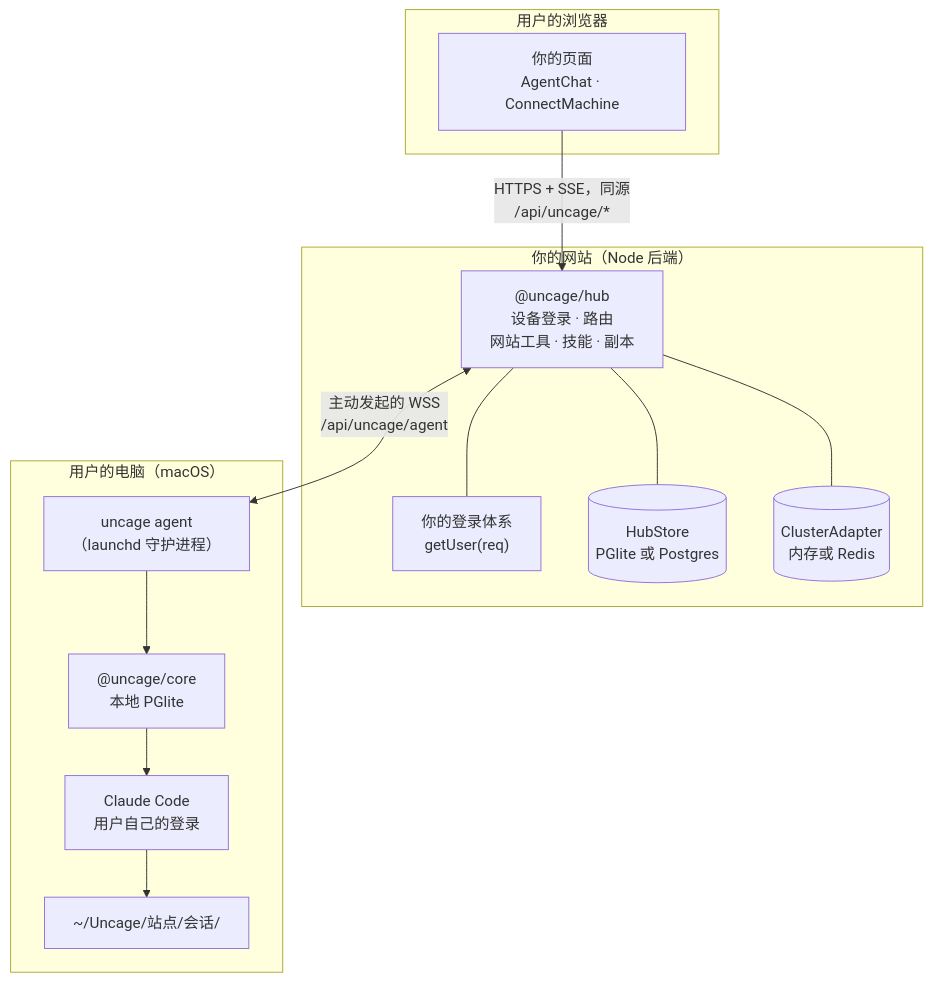
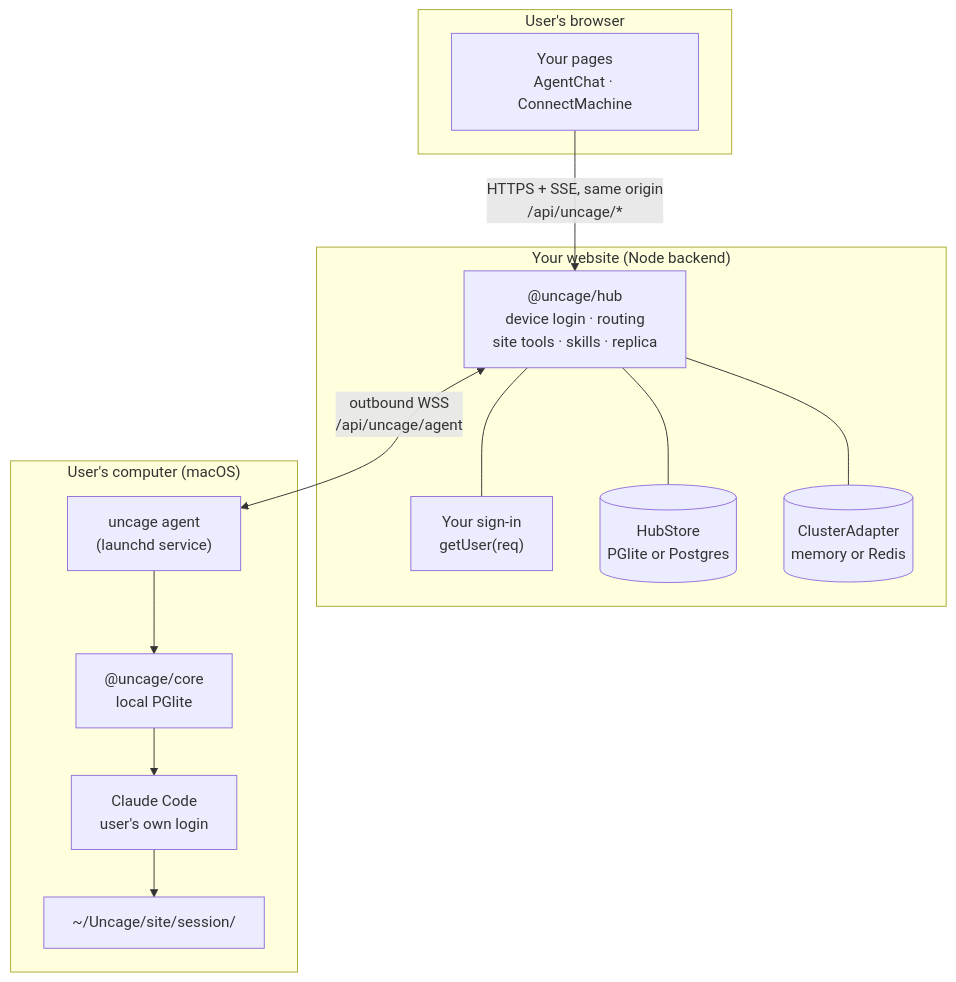
The first of 2 diagrams in apps/docs/src/content/docs/zh-cn/start/how-it-works.md (ptmafia/uncage), drawn with Mermaid before and after one commit. The commit also changed other lines of this file and 24 other files, not shown here.

````diff
--- a/apps/docs/src/content/docs/zh-cn/start/how-it-works.md
+++ b/apps/docs/src/content/docs/zh-cn/start/how-it-works.md
@@ -8,24 +8,24 @@
 ```mermaid
 flowchart TB
-  subgraph B["用户的浏览器"]
-    UI["你的页面<br/>AgentChat · ConnectMachine"]
+  subgraph B["User's browser"]
+    UI["Your pages<br/>AgentChat · ConnectMachine"]
   end
-  subgraph S["你的网站（Node 后端）"]
-    AUTH["你的登录体系<br/>getUser(req)"]
-    HUB["@uncage/hub<br/>设备登录 · 路由<br/>网站工具 · 技能 · 副本"]
-    DB[("HubStore<br/>PGlite 或 Postgres")]
-    CL[("ClusterAdapter<br/>内存或 Redis")]
+  subgraph S["Your website (Node backend)"]
+    AUTH["Your sign-in<br/>getUser(req)"]
+    HUB["@uncage/hub<br/>device login · routing<br/>site tools · skills · replica"]
+    DB[("HubStore<br/>PGlite or Postgres")]
+    CL[("ClusterAdapter<br/>memory or Redis")]
   end
-  subgraph M["用户的电脑（macOS）"]
-    AG["uncage agent<br/>（launchd 守护进程）"]
-    CORE["@uncage/core<br/>本地 PGlite"]
-    CC["Claude Code<br/>用户自己的登录"]
-    WS["~/Uncage/站点/会话/"]
+  subgraph M["User's computer (macOS)"]
+    AG["uncage agent<br/>(launchd service)"]
+    CORE["@uncage/core<br/>local PGlite"]
+    CC["Claude Code<br/>user's own login"]
+    WS["~/Uncage/site/session/"]
   end
-  UI -- "HTTPS + SSE，同源<br/>/api/uncage/*" --> HUB
+  UI -- "HTTPS + SSE, same origin<br/>/api/uncage/*" --> HUB
   HUB --- AUTH
   HUB --- DB
   HUB --- CL
-  HUB <-- "主动发起的 WSS<br/>/api/uncage/agent" --> AG
+  HUB <-- "outbound WSS<br/>/api/uncage/agent" --> AG
   AG --> CORE --> CC --> WS
 ```
````
